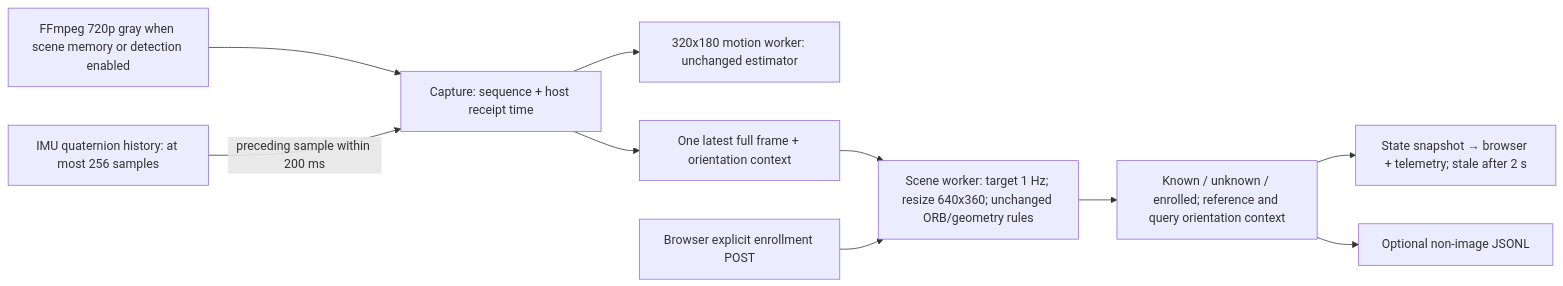
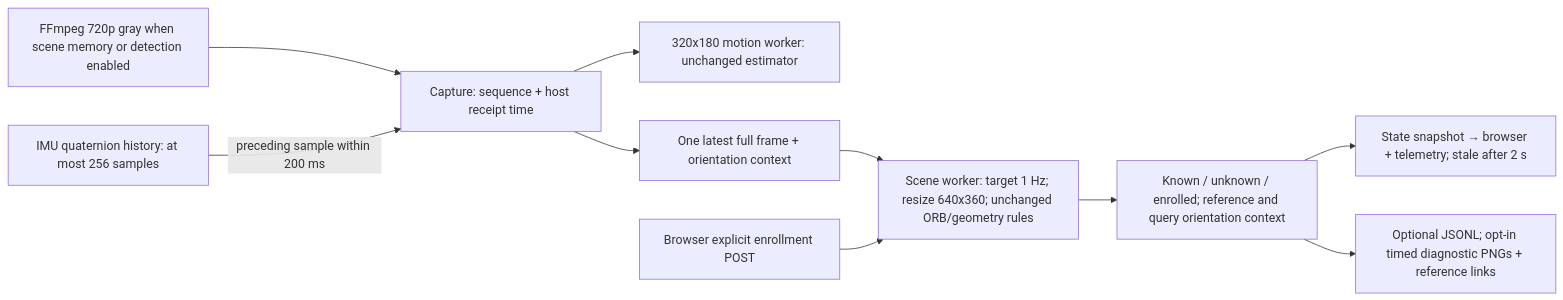
The first of 3 diagrams in docs/PIPELINE.md (choir0322/edgexr), drawn with Mermaid before and after one commit. The commit also changed 9 other files, not shown here.

Commit message:
feat: record timed image evidence for scene decisions

````diff
--- a/docs/PIPELINE.md
+++ b/docs/PIPELINE.md
@@ -7,12 +7,12 @@
 ```mermaid
 flowchart LR
     F["FFmpeg 720p gray when scene memory or detection enabled"] --> C["Capture: sequence + host receipt time"]
     C --> M["320x180 motion worker: unchanged estimator"]
     I["IMU quaternion history: at most 256 samples"] -->|preceding sample within 200 ms| C
     C --> S["One latest full frame + orientation context"]
     S --> W["Scene worker: target 1 Hz; resize 640x360; unchanged ORB/geometry rules"]
     B["Browser explicit enrollment POST"] --> W
     W --> R["Known / unknown / enrolled; reference and query orientation context"]
     R --> T["State snapshot → browser + telemetry; stale after 2 s"]
-    R --> L["Optional non-image JSONL"]
+    R --> L["Optional JSONL; opt-in timed diagnostic PNGs + reference links"]
 ```
````
